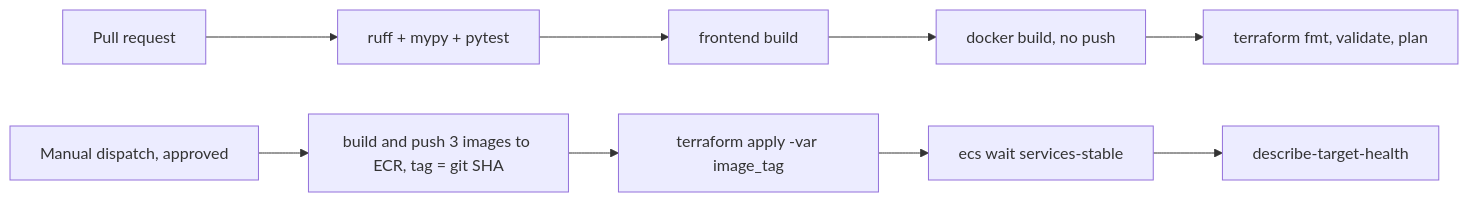
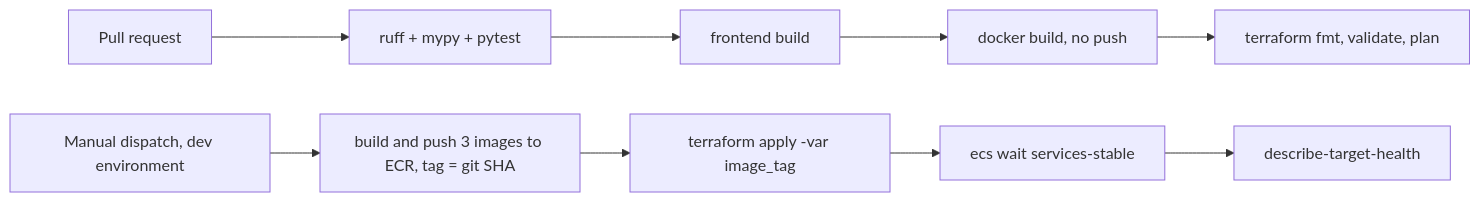
The sixth of 6 diagrams in docs/ARCHITECTURE.md (AfiqAqil/docintel-platform), drawn with Mermaid before and after one commit. The commit also changed other lines of this file and 6 other files, not shown here.

````diff
--- a/docs/ARCHITECTURE.md
+++ b/docs/ARCHITECTURE.md
@@ -733,5 +733,5 @@
 ```mermaid
 flowchart LR
     PR[Pull request] --> lint[ruff + mypy + pytest] --> febuild[frontend build] --> dbuild[docker build, no push] --> tfval[terraform fmt, validate, plan]
-    main["Manual dispatch, approved"] --> push[build and push 3 images to ECR, tag = git SHA] --> apply["terraform apply -var image_tag"] --> wait[ecs wait services-stable] --> health[describe-target-health]
+    main["Manual dispatch, dev environment"] --> push[build and push 3 images to ECR, tag = git SHA] --> apply["terraform apply -var image_tag"] --> wait[ecs wait services-stable] --> health[describe-target-health]
 ```
````
